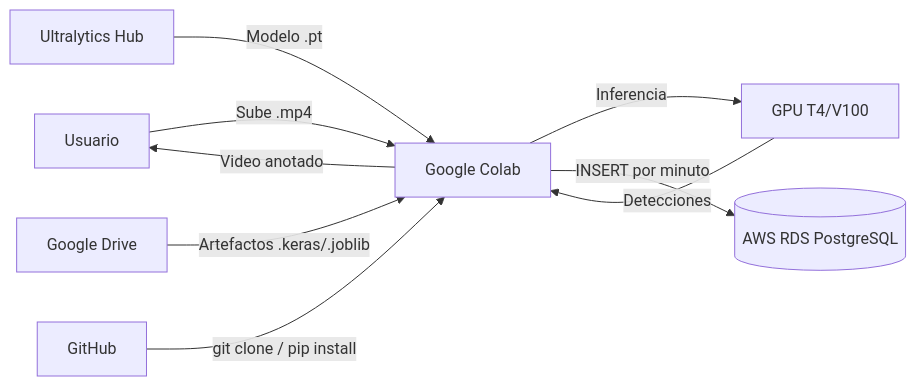
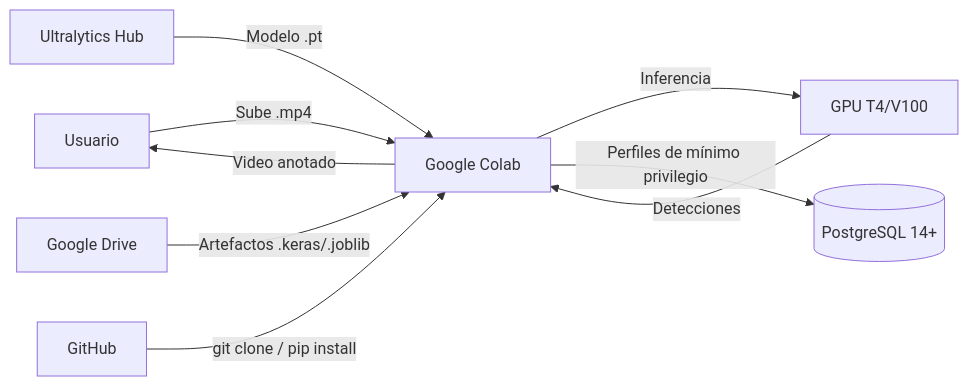
The diagram in docs/operations/deployment.md (aka-titesen/vaaet), drawn with Mermaid before and after one commit. The commit also changed other lines of this file and 76 other files, not shown here.

````diff
--- a/docs/operations/deployment.md
+++ b/docs/operations/deployment.md
@@ -34,11 +36,11 @@
 ```mermaid
 flowchart LR
     A[Usuario] -->|Sube .mp4| B[Google Colab]
     B -->|Inferencia| C[GPU T4/V100]
     C -->|Detecciones| B
-    B -->|INSERT por minuto| D[(AWS RDS PostgreSQL)]
+    B -->|Perfiles de mínimo privilegio| D[(PostgreSQL 14+)]
     B -->|Video anotado| A
     E[Ultralytics Hub] -->|Modelo .pt| B
     F[Google Drive] -->|Artefactos .keras/.joblib| B
     G[GitHub] -->|git clone / pip install| B
 ```
````
